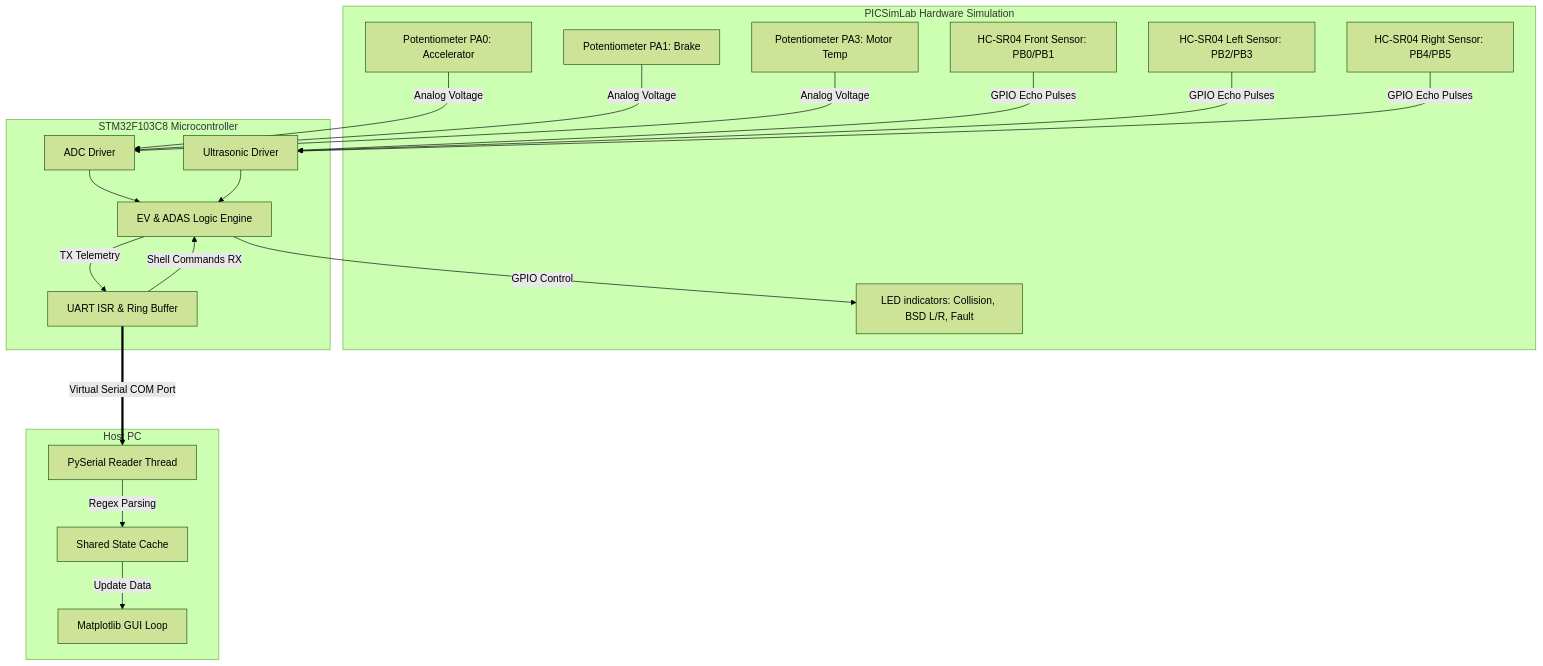
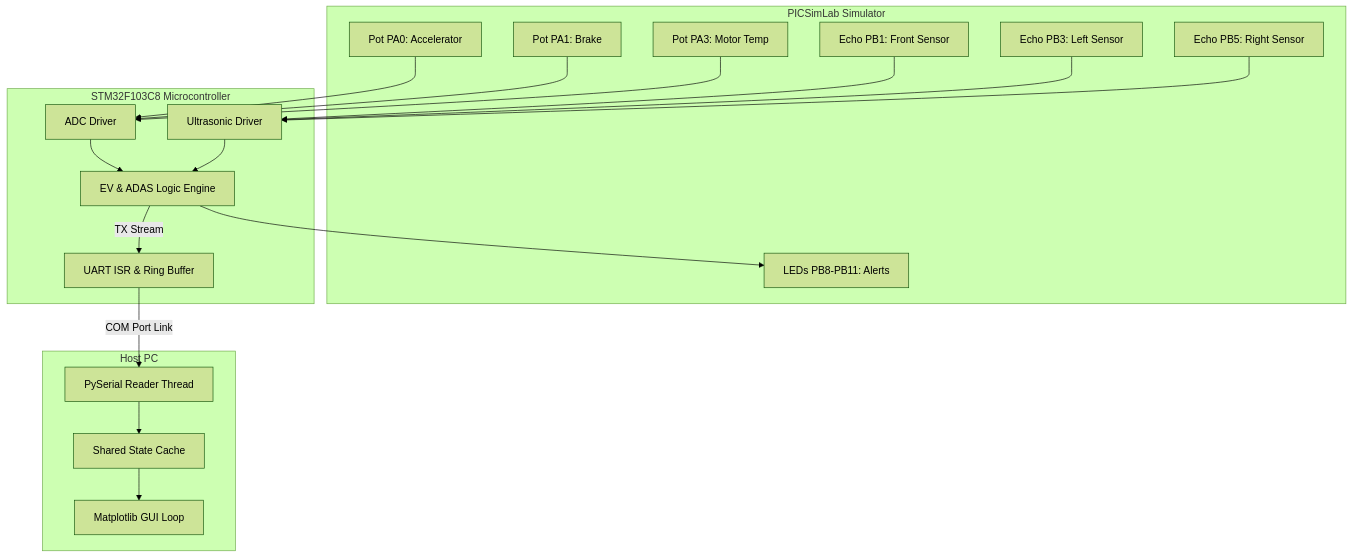
One commit to ahana4banerjee/ev_adas_dashboard changed the first of 6 diagrams in README.md. Above: the diagram before and after it, drawn with Mermaid (forest theme). The commit also changed other lines of this file and 1 other file, not shown here.

Commit message:
feat: add Version 2 hardware buzzer system documentation and update project descriptions

````diff
--- a/README.md
+++ b/README.md
@@ -93,44 +106,33 @@
 ```mermaid
 graph TD
-    subgraph PICSimLab [PICSimLab Hardware Simulation]
-        POT_ACC["Potentiometer PA0: Accelerator"]
-        POT_BRK["Potentiometer PA1: Brake"]
-        POT_TMP["Potentiometer PA3: Motor Temp"]
-        US_FRONT["HC-SR04 Front Sensor: PB0/PB1"]
-        US_LEFT["HC-SR04 Left Sensor: PB2/PB3"]
-        US_RIGHT["HC-SR04 Right Sensor: PB4/PB5"]
-        LEDS["LED indicators: Collision, BSD L/R, Fault"]
+    subgraph PICSimLab [PICSimLab Simulator]
+        POT_ACC["Pot PA0: Accelerator"]
+        POT_BRK["Pot PA1: Brake"]
+        POT_TMP["Pot PA3: Motor Temp"]
+        US_FRONT["Echo PB1: Front Sensor"]
+        US_LEFT["Echo PB3: Left Sensor"]
+        US_RIGHT["Echo PB5: Right Sensor"]
+        LEDS["LEDs PB8-PB11: Alerts"]
     end
 
     subgraph STM32F103C8 [STM32F103C8 Microcontroller]
         FW_ADC[ADC Driver]
         FW_US[Ultrasonic Driver]
         FW_CORE["EV & ADAS Logic Engine"]
         FW_UART["UART ISR & Ring Buffer"]
     end
 
     subgraph HostPC [Host PC]
         PY_READER[PySerial Reader Thread]
         PY_STATE[Shared State Cache]
         PY_GUI[Matplotlib GUI Loop]
     end
 
-    %% Sensor Inputs
-    POT_ACC -->|Analog Voltage| FW_ADC
-    POT_BRK -->|Analog Voltage| FW_ADC
-    POT_TMP -->|Analog Voltage| FW_ADC
-    US_FRONT & US_LEFT & US_RIGHT -->|GPIO Echo Pulses| FW_US
-
-    %% Firmware Processing
+    POT_ACC & POT_BRK & POT_TMP --> FW_ADC
+    US_FRONT & US_LEFT & US_RIGHT --> FW_US
     FW_ADC & FW_US --> FW_CORE
-    FW_CORE -->|GPIO Control| LEDS
-
-    %% UART Bridging
-    FW_CORE -->|TX Telemetry| FW_UART
-    FW_UART -->|Shell Commands RX| FW_CORE
-    FW_UART ===>|Virtual Serial COM Port| PY_READER
-
-    %% Python Processing
-    PY_READER -->|Regex Parsing| PY_STATE
-    PY_STATE -->|Update Data| PY_GUI
+    FW_CORE --> LEDS
+    FW_CORE -->|TX Stream| FW_UART
+    FW_UART -->|COM Port Link| PY_READER
+    PY_READER --> PY_STATE --> PY_GUI
 ```
````
